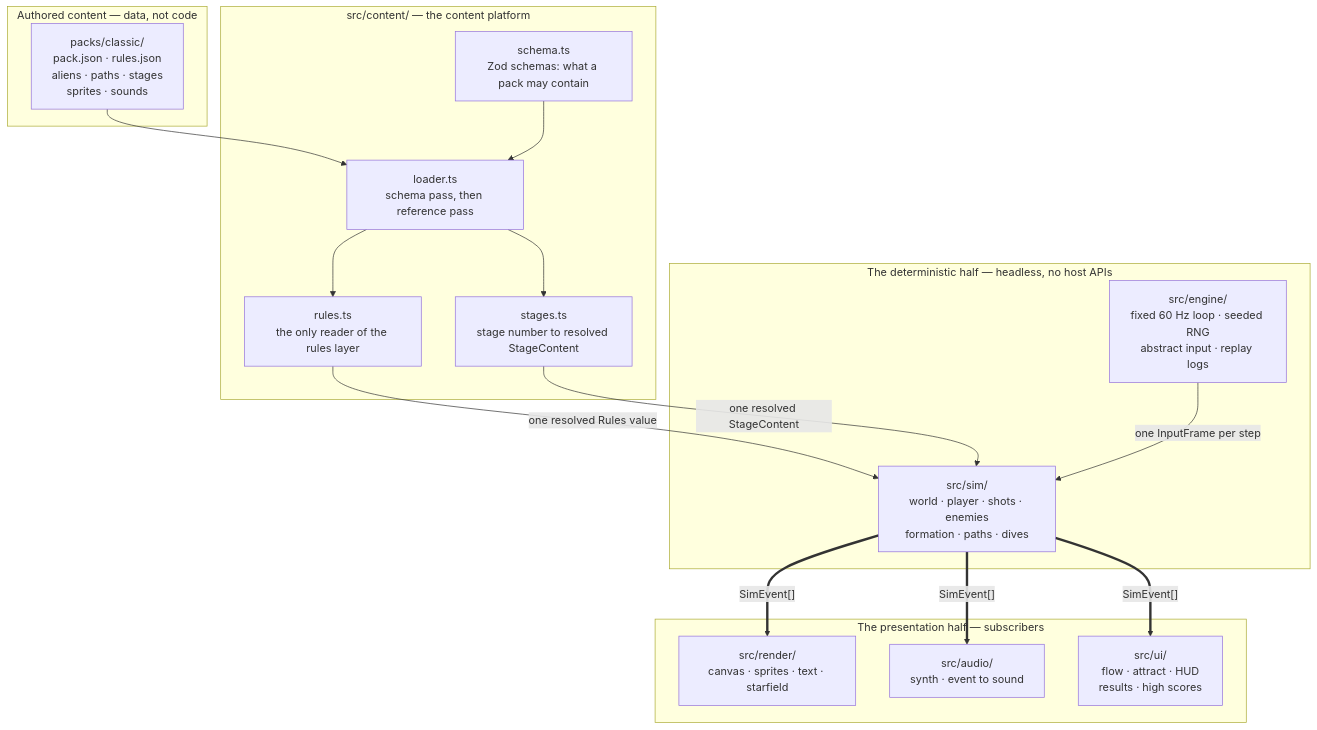
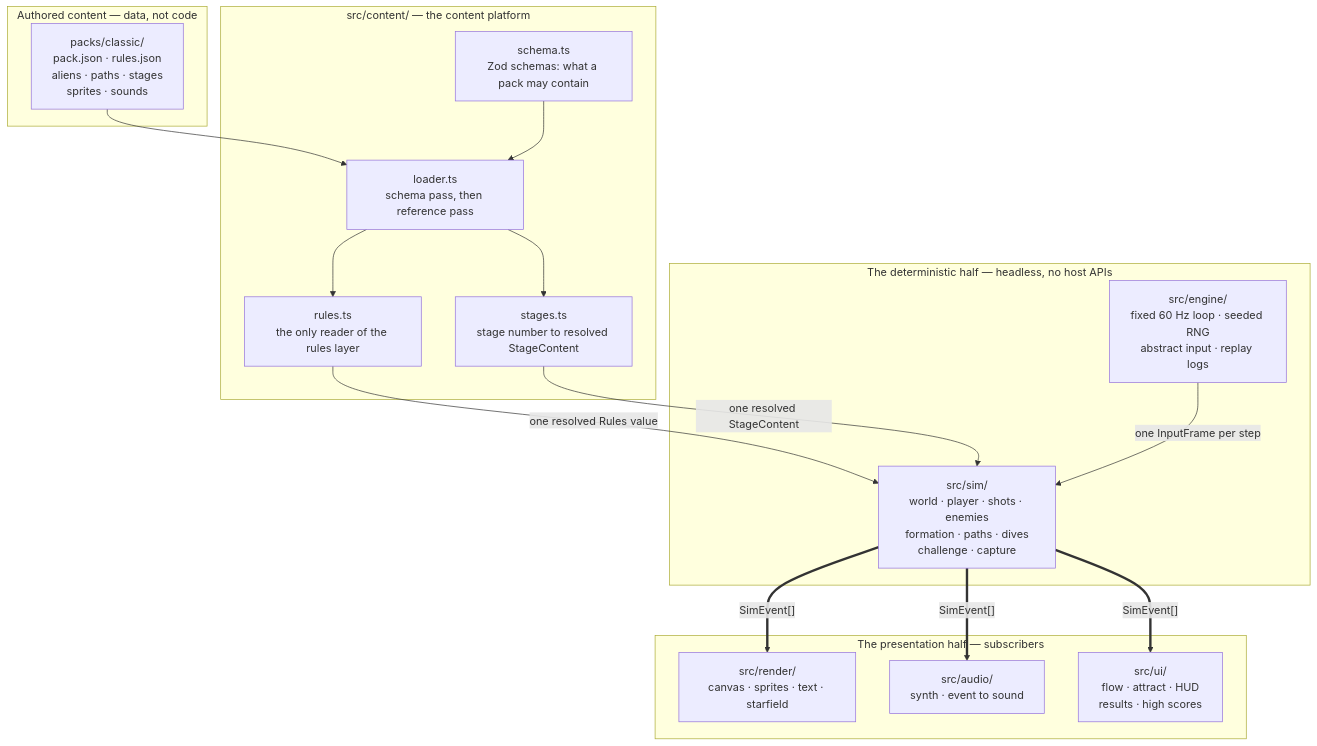
Before and after one commit to sgwoods/star-swarm: the first of 3 diagrams in docs/ARCHITECTURE.md, drawn with Mermaid. The commit also changed other lines of this file and 7 other files, not shown here.

First line of the commit message:
docs: bring the architecture document and the READMEs current with Milestone 2

````diff
--- a/docs/ARCHITECTURE.md
+++ b/docs/ARCHITECTURE.md
@@ -109,35 +144,35 @@
 ```mermaid
 flowchart TB
     subgraph authored["Authored content — data, not code"]
         pack["packs/classic/<br/>pack.json · rules.json<br/>aliens · paths · stages<br/>sprites · sounds"]
     end
 
     subgraph platform["src/content/ — the content platform"]
         schema["schema.ts<br/>Zod schemas: what a pack may contain"]
         loader["loader.ts<br/>schema pass, then reference pass"]
         rules["rules.ts<br/>the only reader of the rules layer"]
         stages["stages.ts<br/>stage number to resolved StageContent"]
     end
 
     subgraph deterministic["The deterministic half — headless, no host APIs"]
         engine["src/engine/<br/>fixed 60 Hz loop · seeded RNG<br/>abstract input · replay logs"]
-        sim["src/sim/<br/>world · player · shots · enemies<br/>formation · paths · dives"]
+        sim["src/sim/<br/>world · player · shots · enemies<br/>formation · paths · dives<br/>challenge · capture"]
     end
 
     subgraph presentation["The presentation half — subscribers"]
         render["src/render/<br/>canvas · sprites · text · starfield"]
         audio["src/audio/<br/>synth · event to sound"]
         ui["src/ui/<br/>flow · attract · HUD<br/>results · high scores"]
     end
 
     pack --> loader
     schema --> loader
     loader --> rules
     loader --> stages
     rules -- "one resolved Rules value" --> sim
     stages -- "one resolved StageContent" --> sim
     engine -- "one InputFrame per step" --> sim
     sim == "SimEvent[]" ==> render
     sim == "SimEvent[]" ==> audio
     sim == "SimEvent[]" ==> ui
 ```
````
